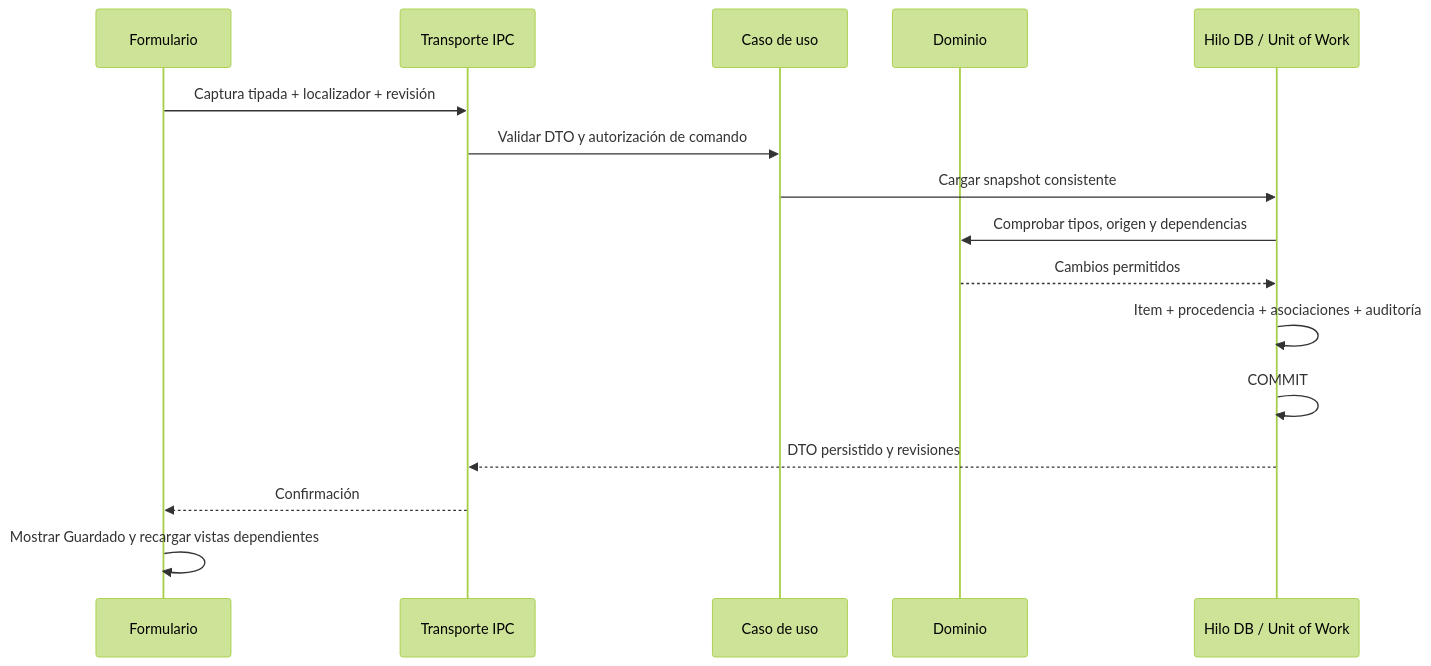
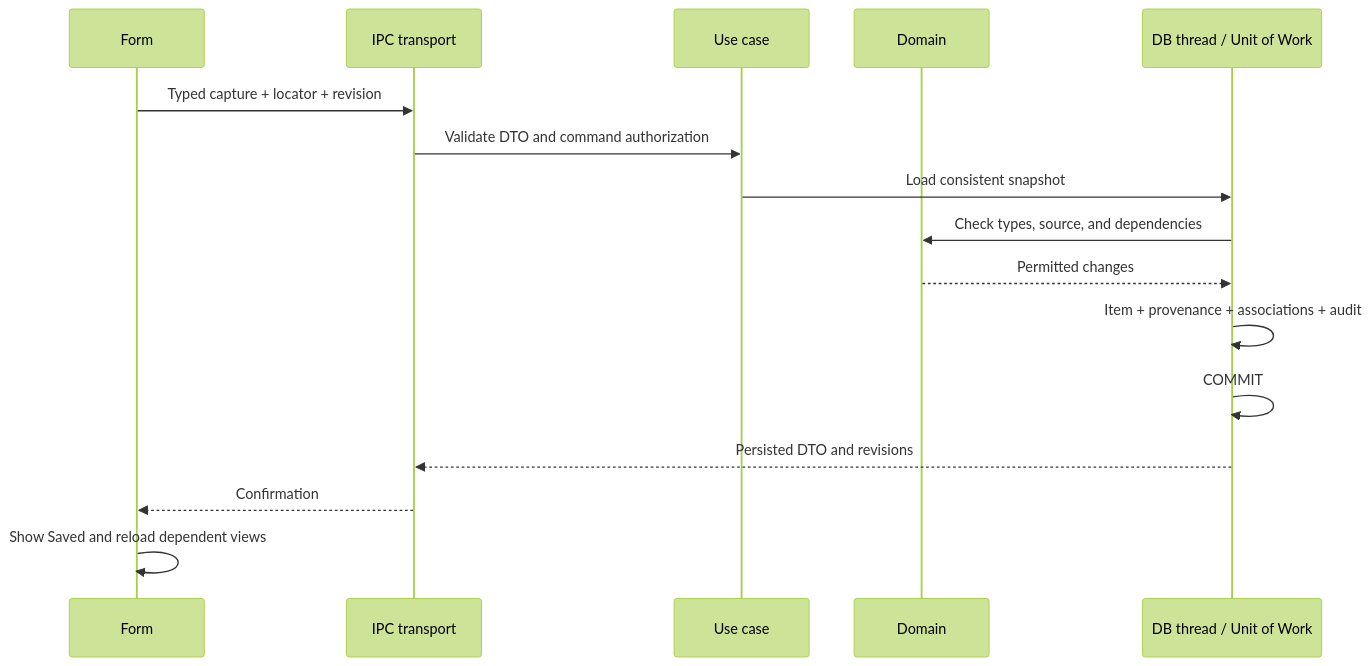
Before and after one commit to dpalazon-dev/doctorado-ucam: the second of 2 diagrams in prototypes/research-workbench/docs/architecture/ARCHITECTURE.md, drawn with Mermaid (forest theme). The commit also changed other lines of this file and 277 other files, not shown here.

````diff
--- a/prototypes/research-workbench/docs/architecture/ARCHITECTURE.md
+++ b/prototypes/research-workbench/docs/architecture/ARCHITECTURE.md
@@ -130,18 +130,18 @@
 ```mermaid
 sequenceDiagram
-  participant UI as Formulario
-  participant IPC as Transporte IPC
-  participant UC as Caso de uso
-  participant D as Dominio
-  participant DB as Hilo DB / Unit of Work
-  UI->>IPC: Captura tipada + localizador + revisión
-  IPC->>UC: Validar DTO y autorización de comando
-  UC->>DB: Cargar snapshot consistente
-  DB->>D: Comprobar tipos, origen y dependencias
-  D-->>DB: Cambios permitidos
-  DB->>DB: Item + procedencia + asociaciones + auditoría
+  participant UI as Form
+  participant IPC as IPC transport
+  participant UC as Use case
+  participant D as Domain
+  participant DB as DB thread / Unit of Work
+  UI->>IPC: Typed capture + locator + revision
+  IPC->>UC: Validate DTO and command authorization
+  UC->>DB: Load consistent snapshot
+  DB->>D: Check types, source, and dependencies
+  D-->>DB: Permitted changes
+  DB->>DB: Item + provenance + associations + audit
   DB->>DB: COMMIT
-  DB-->>IPC: DTO persistido y revisiones
-  IPC-->>UI: Confirmación
-  UI->>UI: Mostrar Guardado y recargar vistas dependientes
+  DB-->>IPC: Persisted DTO and revisions
+  IPC-->>UI: Confirmation
+  UI->>UI: Show Saved and reload dependent views
 ```
````
